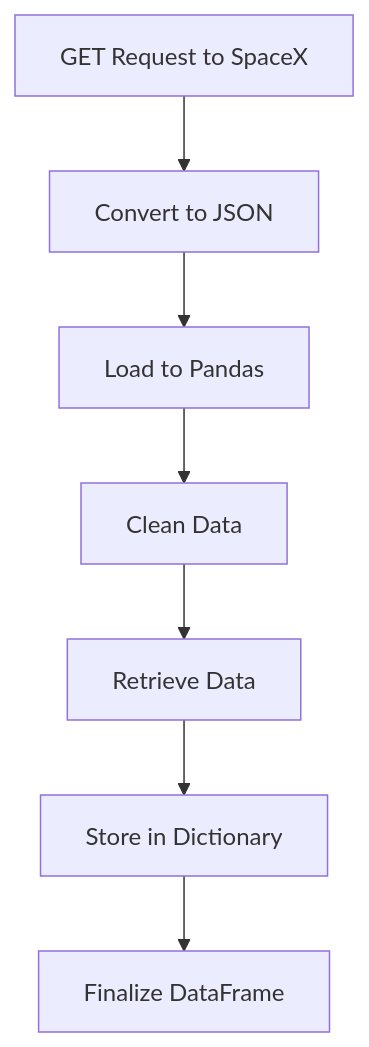
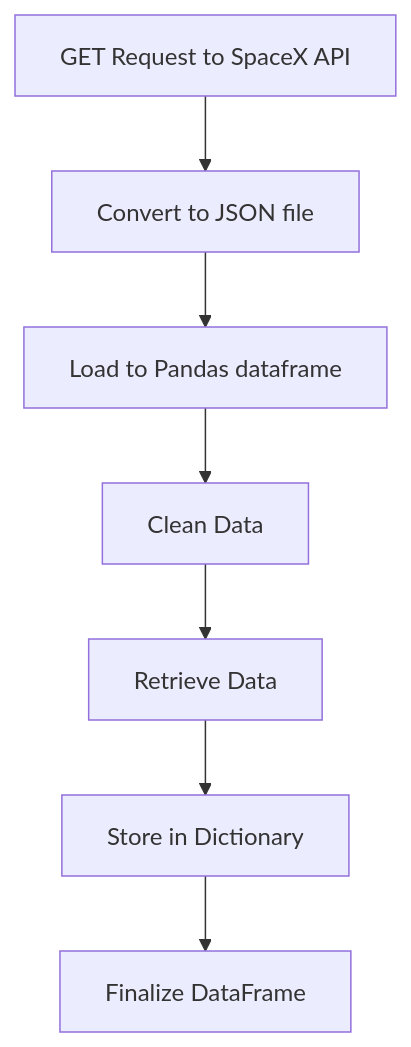
One commit to nickwang5h/ibm_data_science_final changed the first of 3 diagrams in final.md. Above: the diagram before and after it, drawn with Mermaid. The commit also changed other lines of this file and 35 other files, not shown here.

```diff
--- a/final.md
+++ b/final.md
@@ -137,9 +169,9 @@
-<div class="mermaid">
-graph TD
-    A[GET Request to SpaceX] --> B[Convert to JSON]
-    B --> C[Load to Pandas]
+<div class="mermaid" style="text-align: center">
+flowchart TD
+    A[GET Request to SpaceX API] --> B[Convert to JSON file]
+    B --> C[Load to Pandas dataframe]
     C --> D[Clean Data]
     D --> E[Retrieve Data]
     E --> F[Store in Dictionary]
     F --> G[Finalize DataFrame]
 </div>
```
